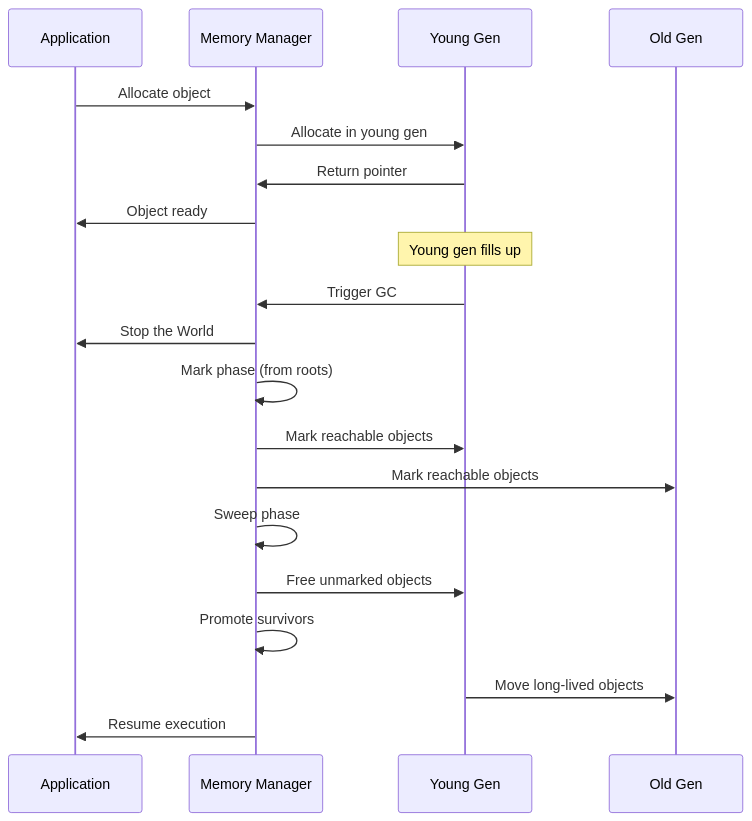
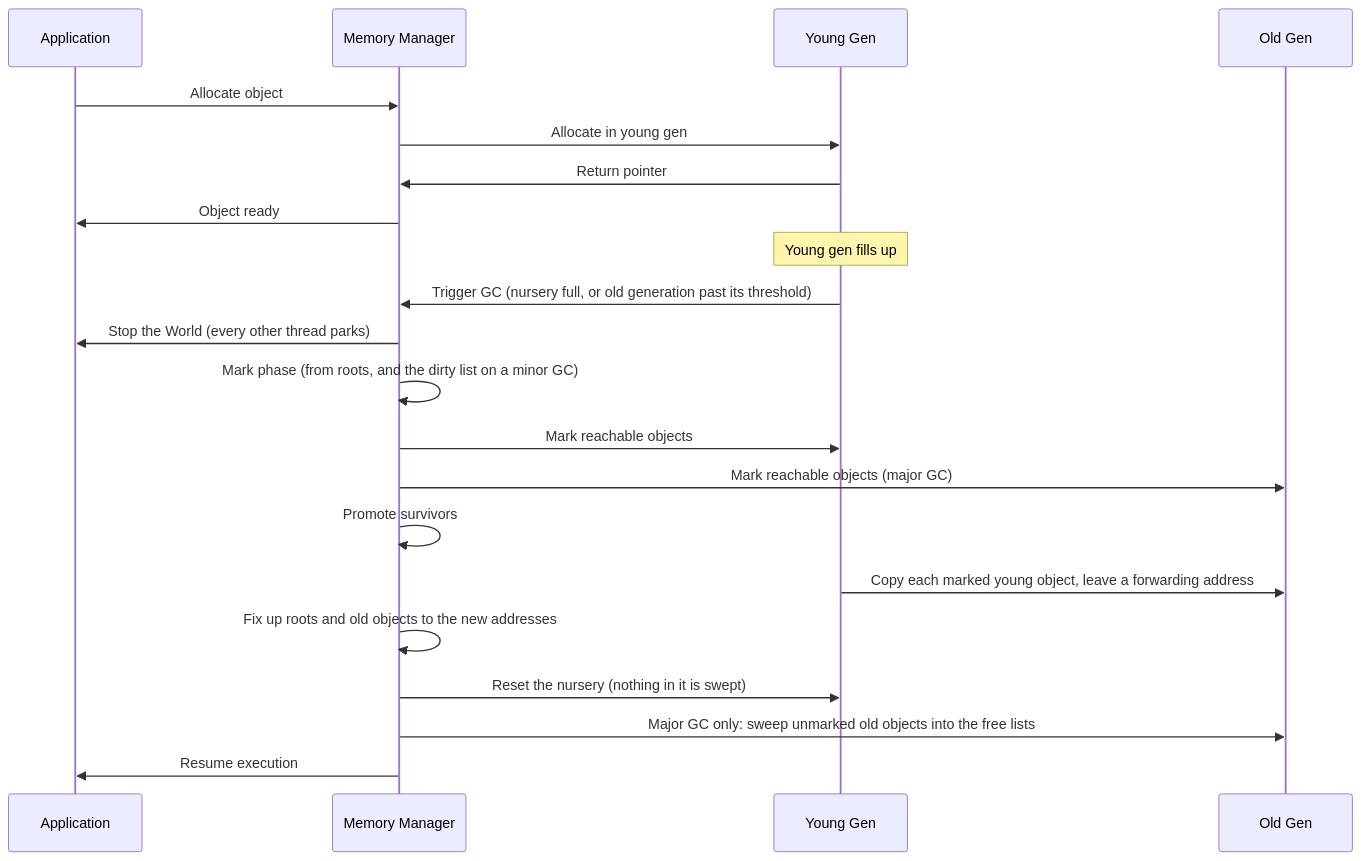
Before and after one commit to objeck/objeck-lang: diagram 19 of 24 in docs/architecture.md, drawn with Mermaid. The commit also changed other lines of this file, not shown here.

First line of the commit message:
docs/architecture.md: the collector's roots, triggers and free lists; LSP program reuse

````diff
--- a/docs/architecture.md
+++ b/docs/architecture.md
@@ -1044,29 +1065,30 @@
 ```mermaid
 sequenceDiagram
     participant App as Application
     participant MM as Memory Manager
     participant YG as Young Gen
     participant OG as Old Gen
 
     App->>MM: Allocate object
     MM->>YG: Allocate in young gen
     YG->>MM: Return pointer
     MM->>App: Object ready
 
     Note over YG: Young gen fills up
 
-    YG->>MM: Trigger GC
-    MM->>App: Stop the World
+    YG->>MM: Trigger GC (nursery full, or old generation past its threshold)
+    MM->>App: Stop the World (every other thread parks)
 
-    MM->>MM: Mark phase (from roots)
+    MM->>MM: Mark phase (from roots, and the dirty list on a minor GC)
     MM->>YG: Mark reachable objects
-    MM->>OG: Mark reachable objects
-
-    MM->>MM: Sweep phase
-    MM->>YG: Free unmarked objects
+    MM->>OG: Mark reachable objects (major GC)
 
     MM->>MM: Promote survivors
-    YG->>OG: Move long-lived objects
+    YG->>OG: Copy each marked young object, leave a forwarding address
+    MM->>MM: Fix up roots and old objects to the new addresses
+    MM->>YG: Reset the nursery (nothing in it is swept)
+
+    MM->>OG: Major GC only: sweep unmarked old objects into the free lists
 
     MM->>App: Resume execution
 ```
````
